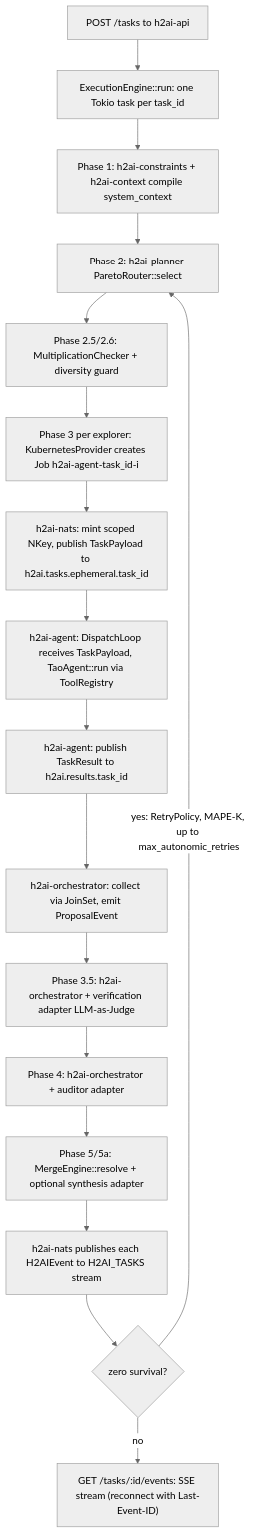
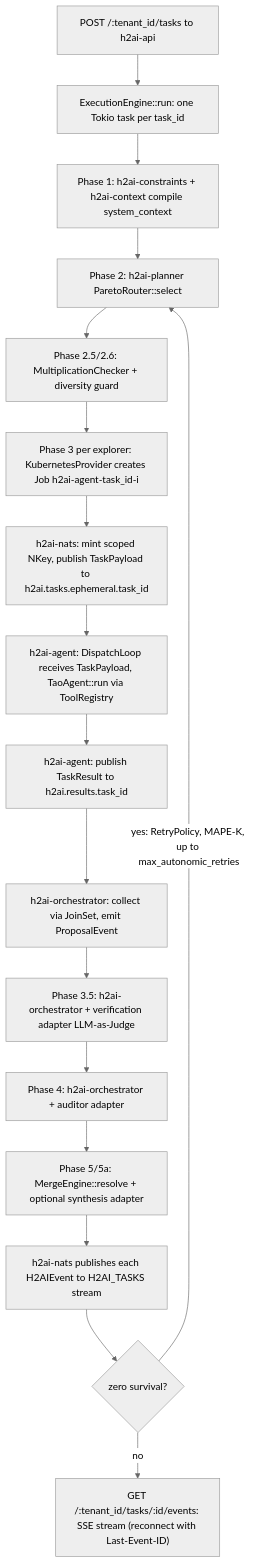
Diagram 19 of 19 in docs/architecture/architecture.md (immediatus/h2ai-control-plane), drawn with Mermaid (neutral theme) before and after one commit. The commit also changed other lines of this file and 120 other files, not shown here.

````diff
--- a/docs/architecture/architecture.md
+++ b/docs/architecture/architecture.md
@@ -1120,19 +1168,19 @@
 ```mermaid
 flowchart TD
-    POST["POST /tasks to h2ai-api"] --> EE["ExecutionEngine::run: one Tokio task per task_id"]
+    POST["POST /:tenant_id/tasks to h2ai-api"] --> EE["ExecutionEngine::run: one Tokio task per task_id"]
     EE --> P1["Phase 1: h2ai-constraints + h2ai-context compile system_context"]
     P1 --> P2["Phase 2: h2ai-planner ParetoRouter::select"]
     P2 --> P25["Phase 2.5/2.6: MultiplicationChecker + diversity guard"]
     P25 --> P3["Phase 3 per explorer: KubernetesProvider creates Job h2ai-agent-task_id-i"]
     P3 --> NK["h2ai-nats: mint scoped NKey, publish TaskPayload to h2ai.tasks.ephemeral.task_id"]
     NK --> AG["h2ai-agent: DispatchLoop receives TaskPayload, TaoAgent::run via ToolRegistry"]
     AG --> TR["h2ai-agent: publish TaskResult to h2ai.results.task_id"]
     TR --> CO["h2ai-orchestrator: collect via JoinSet, emit ProposalEvent"]
     CO --> P35["Phase 3.5: h2ai-orchestrator + verification adapter LLM-as-Judge"]
     P35 --> P4["Phase 4: h2ai-orchestrator + auditor adapter"]
     P4 --> P5["Phase 5/5a: MergeEngine::resolve + optional synthesis adapter"]
     P5 --> EV["h2ai-nats publishes each H2AIEvent to H2AI_TASKS stream"]
     EV --> ZS{"zero survival?"}
     ZS -->|"yes: RetryPolicy, MAPE-K, up to max_autonomic_retries"| P2
-    ZS -->|no| SSE["GET /tasks/:id/events: SSE stream (reconnect with Last-Event-ID)"]
+    ZS -->|no| SSE["GET /:tenant_id/tasks/:id/events: SSE stream (reconnect with Last-Event-ID)"]
 ```
````
